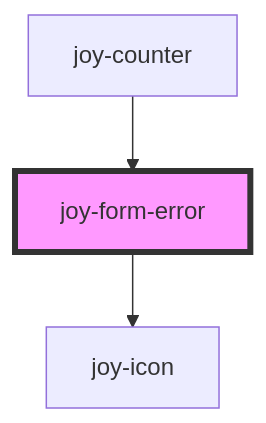
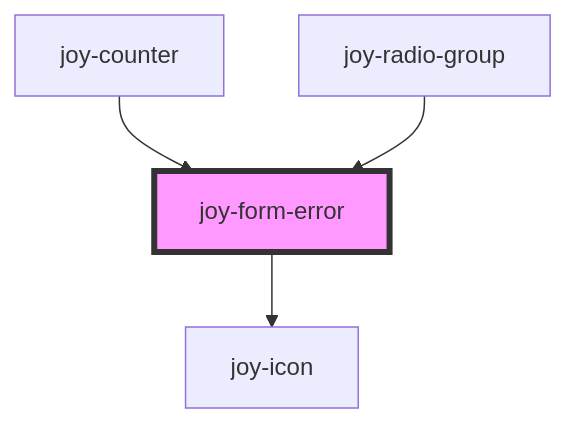
One commit to Maltcommunity/joy changed the diagram in core/src/components/form-error/readme.md. Above: the diagram before and after it, drawn with Mermaid. The commit also changed other lines of this file and 5 other files, not shown here.

Commit message:
Migrate radio-group

````diff
--- a/core/src/components/form-error/readme.md
+++ b/core/src/components/form-error/readme.md
@@ -43,6 +44,7 @@
 ```mermaid
 graph TD;
   joy-form-error --> joy-icon
   joy-counter --> joy-form-error
+  joy-radio-group --> joy-form-error
   style joy-form-error fill:#f9f,stroke:#333,stroke-width:4px
 ```
````
